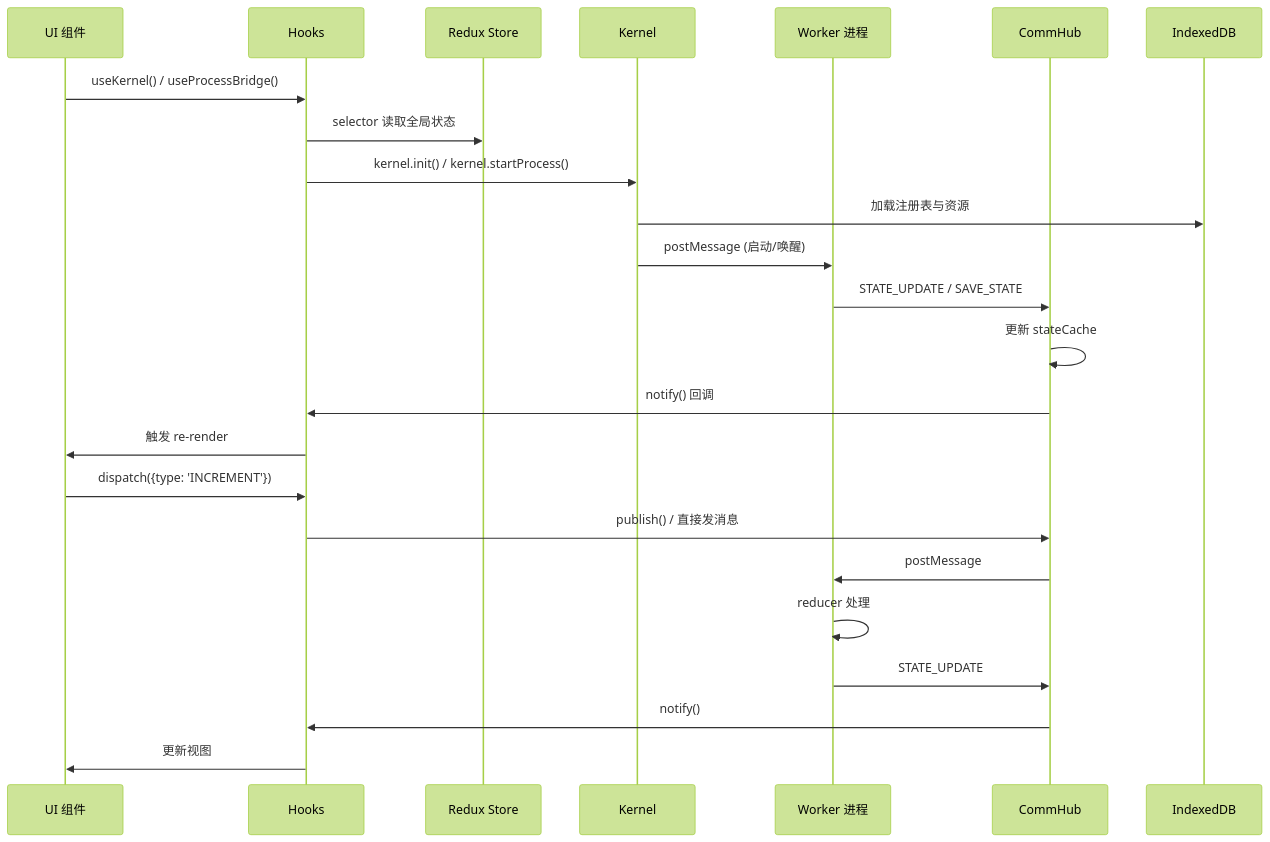
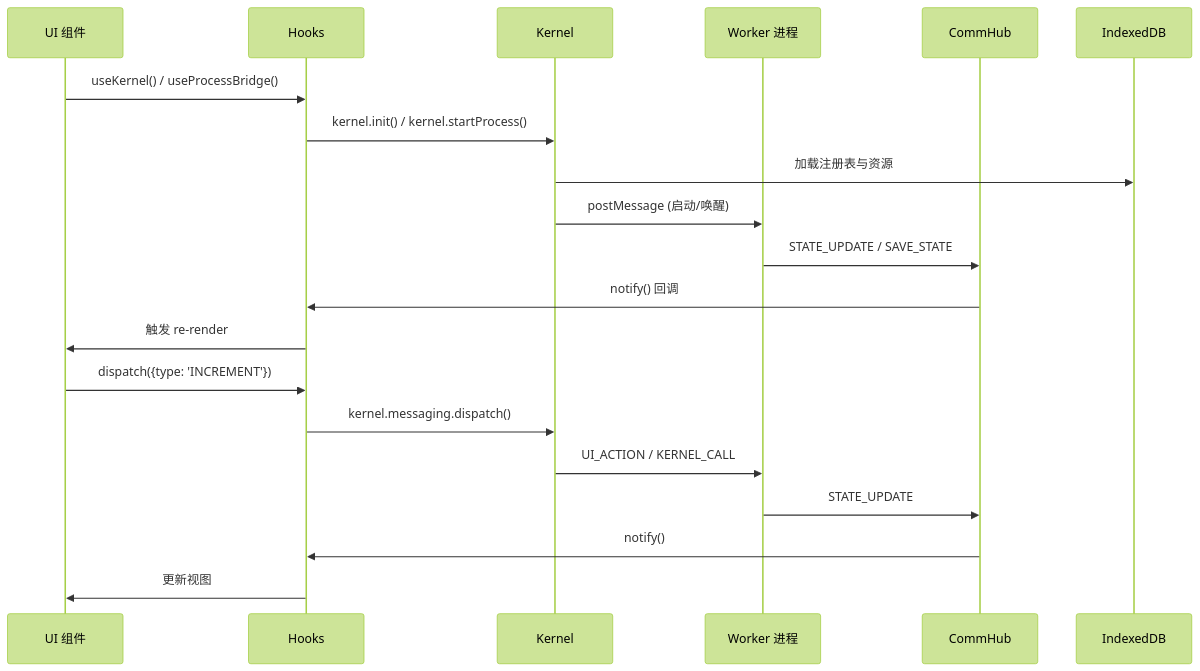
The third of 4 diagrams in docs/module/00-overview.md (suluwanqing/sukinOS), drawn with Mermaid (forest theme) before and after one commit. The commit also changed other lines of this file and 31 other files, not shown here.

````diff
--- a/docs/module/00-overview.md
+++ b/docs/module/00-overview.md
@@ -392,28 +221,24 @@
 ```mermaid
 sequenceDiagram
     participant UI as UI 组件
     participant Hook as Hooks
-    participant Store as Redux Store
     participant Kernel as Kernel
     participant Worker as Worker 进程
     participant CommHub as CommHub
     participant DB as IndexedDB
 
     UI->>Hook: useKernel() / useProcessBridge()
-    Hook->>Store: selector 读取全局状态
     Hook->>Kernel: kernel.init() / kernel.startProcess()
     Kernel->>DB: 加载注册表与资源
     Kernel->>Worker: postMessage (启动/唤醒)
     Worker->>CommHub: STATE_UPDATE / SAVE_STATE
-    CommHub->>CommHub: 更新 stateCache
     CommHub->>Hook: notify() 回调
     Hook->>UI: 触发 re-render
 
     UI->>Hook: dispatch({type: 'INCREMENT'})
-    Hook->>CommHub: publish() / 直接发消息
-    CommHub->>Worker: postMessage
-    Worker->>Worker: reducer 处理
+    Hook->>Kernel: kernel.messaging.dispatch()
+    Kernel->>Worker: UI_ACTION / KERNEL_CALL
     Worker->>CommHub: STATE_UPDATE
     CommHub->>Hook: notify()
     Hook->>UI: 更新视图
 ```
````
